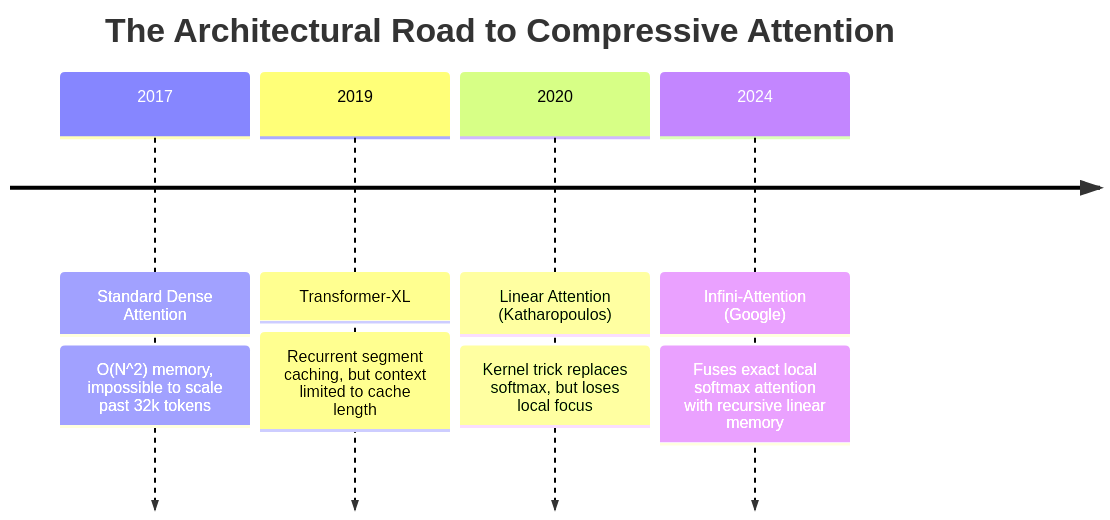
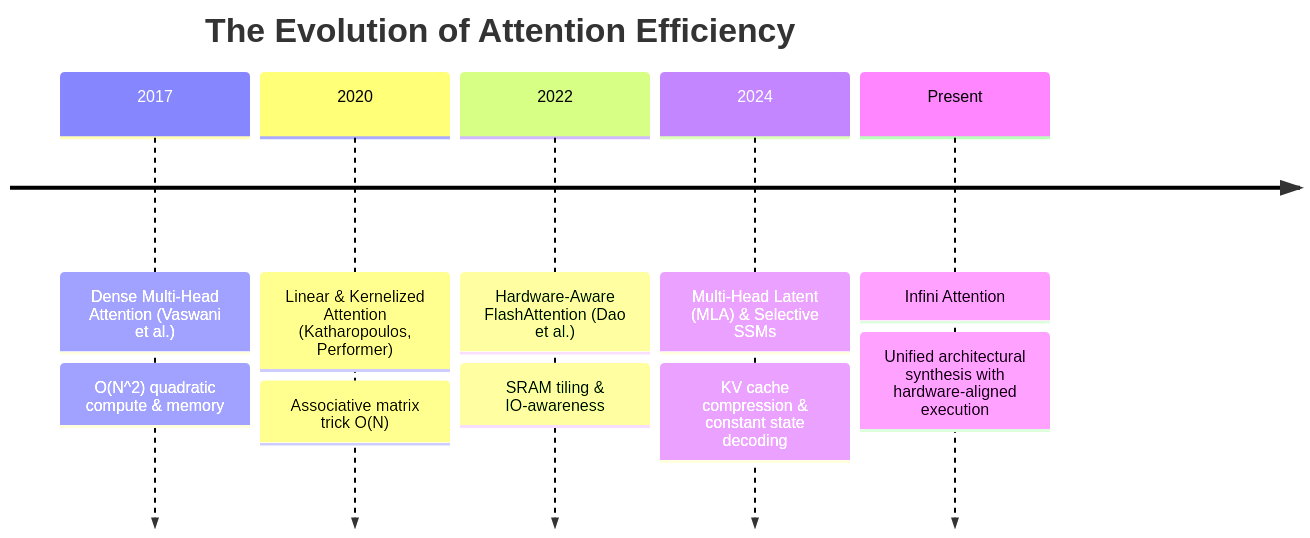
The first of 2 diagrams in Docs/content/attentions_blog/infini_attention_blog.md (tahamajs/NeuralOps), drawn with Mermaid before and after one commit. The commit also changed other lines of this file and 193 other files, not shown here.

````diff
--- a/Docs/content/attentions_blog/infini_attention_blog.md
+++ b/Docs/content/attentions_blog/infini_attention_blog.md
@@ -77,8 +58,9 @@
 ```mermaid
 timeline
-    title The Architectural Road to Compressive Attention
-    2017 : Standard Dense Attention : O(N^2) memory, impossible to scale past 32k tokens
-    2019 : Transformer-XL : Recurrent segment caching, but context limited to cache length
-    2020 : Linear Attention (Katharopoulos) : Kernel trick replaces softmax, but loses local focus
-    2024 : Infini-Attention (Google) : Fuses exact local softmax attention with recursive linear memory
+    title The Evolution of Attention Efficiency
+    2017 : Dense Multi-Head Attention (Vaswani et al.) : O(N^2) quadratic compute & memory
+    2020 : Linear & Kernelized Attention (Katharopoulos, Performer) : Associative matrix trick O(N)
+    2022 : Hardware-Aware FlashAttention (Dao et al.) : SRAM tiling & IO-awareness
+    2024 : Multi-Head Latent (MLA) & Selective SSMs : KV cache compression & constant state decoding
+    Present : Infini Attention : Unified architectural synthesis with hardware-aligned execution
 ```
````
